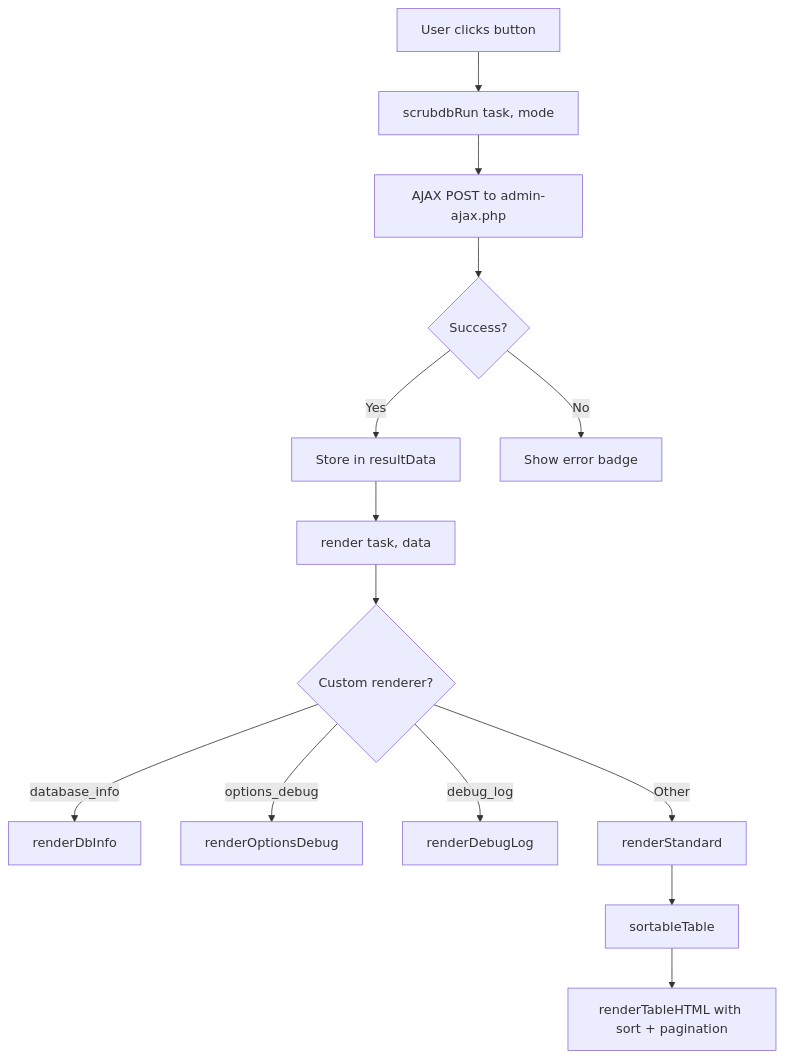
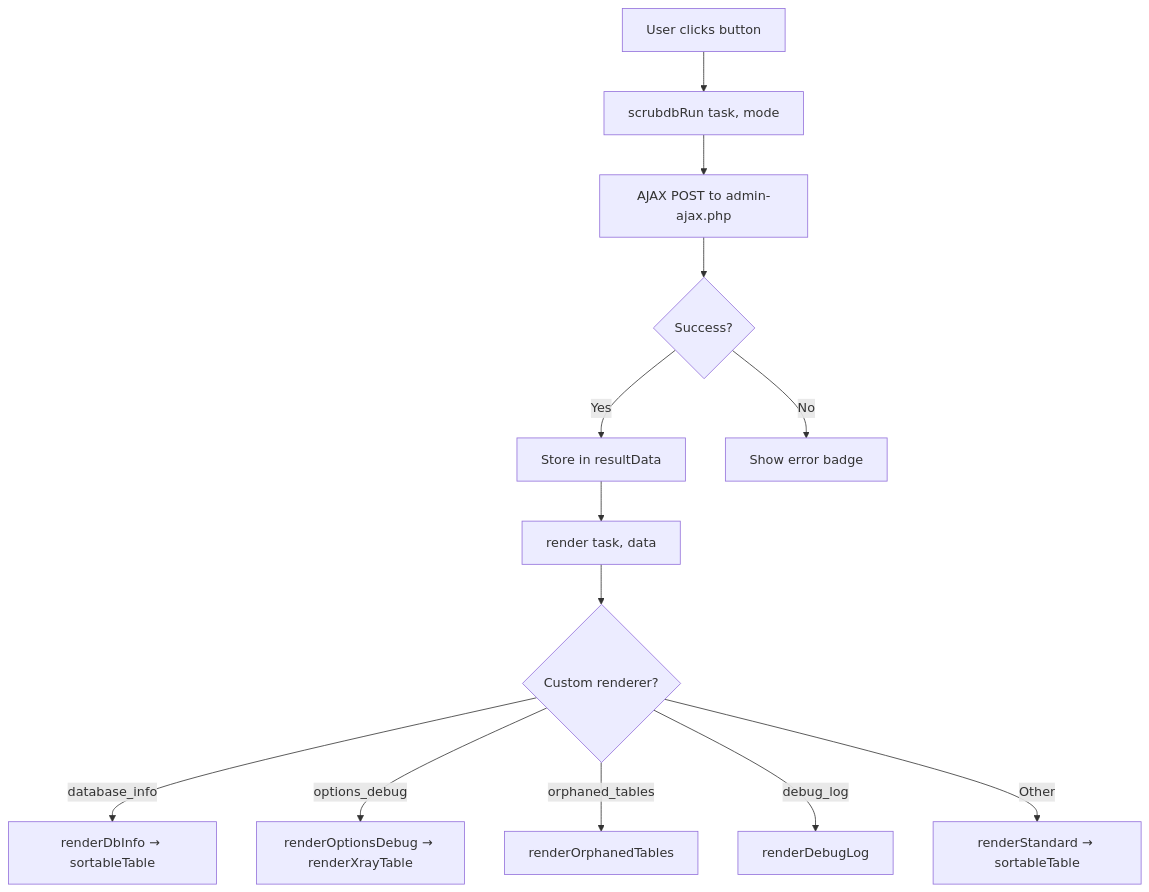
The sixth of 8 diagrams in docs/architecture.md (ajithrn/scrubdb), drawn with Mermaid before and after one commit. The commit also changed other lines of this file and 4 other files, not shown here.

````diff
--- a/docs/architecture.md
+++ b/docs/architecture.md
@@ -162,16 +214,15 @@
 ```mermaid
 flowchart TD
     A[User clicks button] --> B[scrubdbRun task, mode]
     B --> C[AJAX POST to admin-ajax.php]
     C --> D{Success?}
     D -->|Yes| E[Store in resultData]
     E --> F[render task, data]
     F --> G{Custom renderer?}
-    G -->|database_info| H[renderDbInfo]
-    G -->|options_debug| I[renderOptionsDebug]
+    G -->|database_info| H[renderDbInfo → sortableTable]
+    G -->|options_debug| I[renderOptionsDebug → renderXrayTable]
+    G -->|orphaned_tables| I2[renderOrphanedTables]
     G -->|debug_log| J[renderDebugLog]
-    G -->|Other| K[renderStandard]
-    K --> L[sortableTable]
-    L --> M[renderTableHTML with sort + pagination]
+    G -->|Other| K[renderStandard → sortableTable]
     D -->|No| N[Show error badge]
 ```
````
